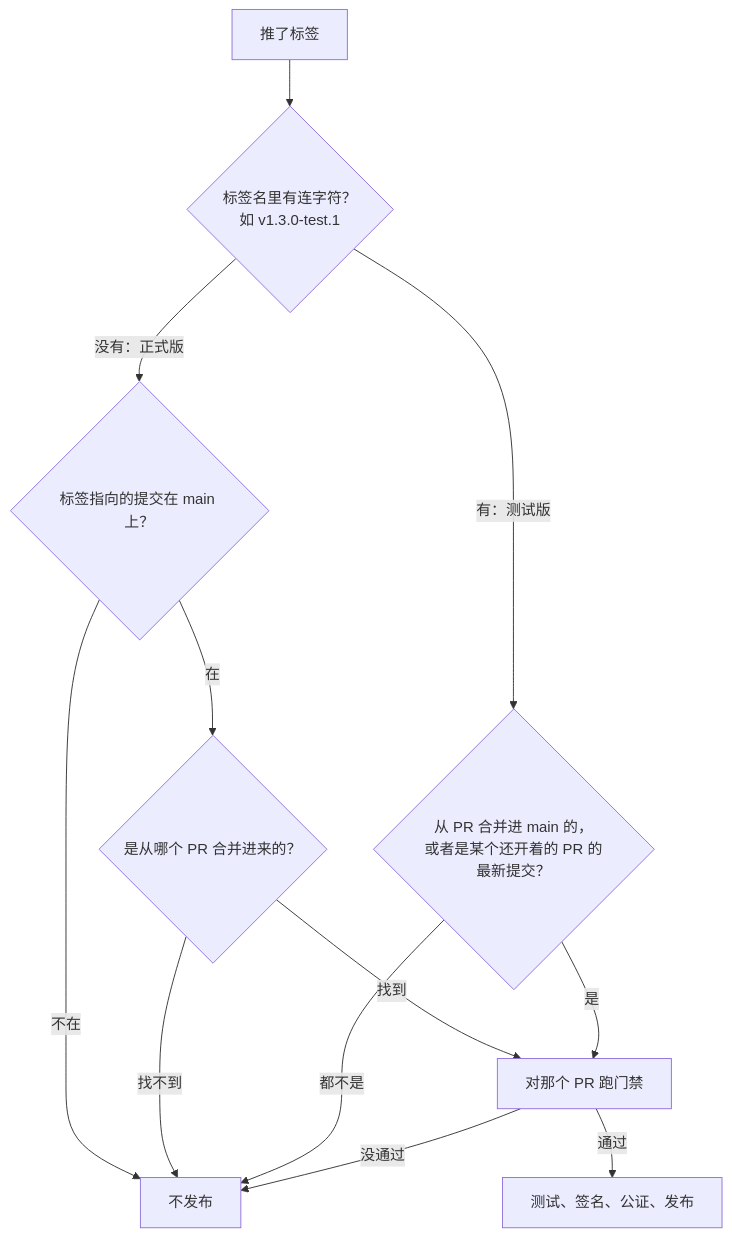
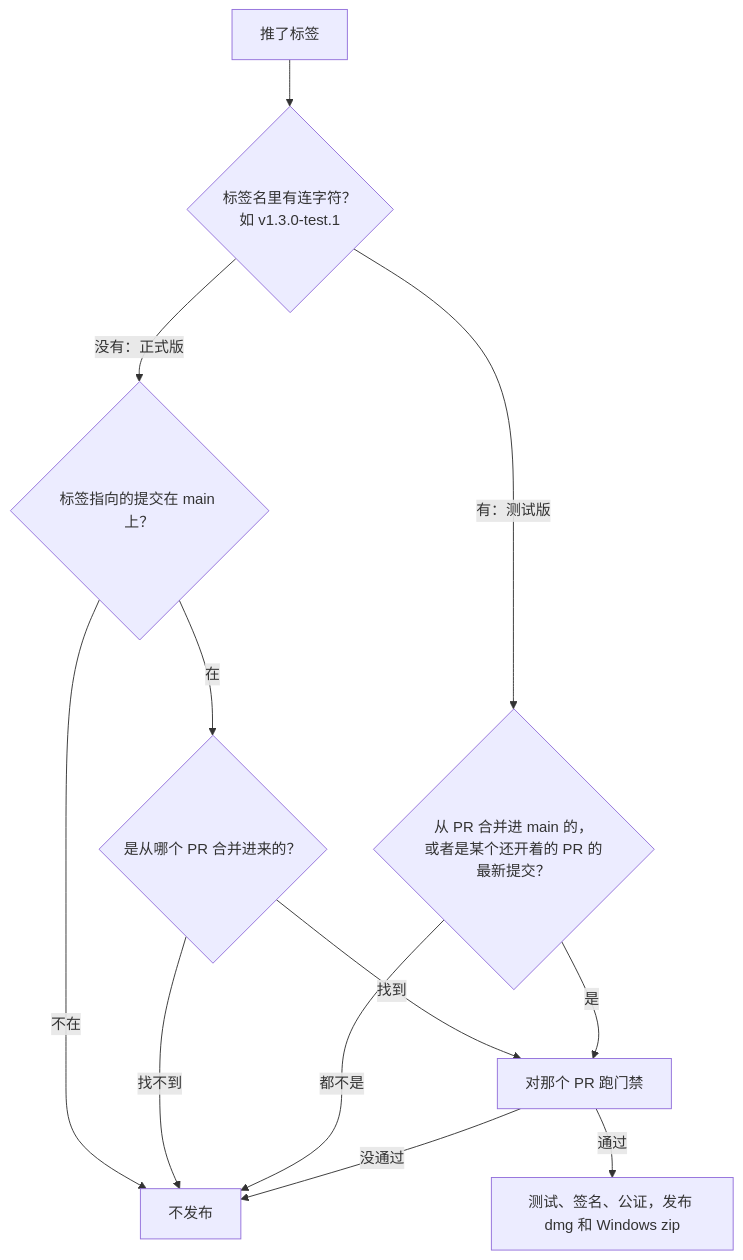
Before and after one commit to chunbin1/health-trail: the third of 3 diagrams in docs/ai-review-flow.md, drawn with Mermaid. The commit also changed other lines of this file and 4 other files, not shown here.

````diff
--- a/docs/ai-review-flow.md
+++ b/docs/ai-review-flow.md
@@ -47,14 +47,14 @@
 ```mermaid
 flowchart TD
     T["推了标签"] --> D{"标签名里有连字符？<br/>如 v1.3.0-test.1"}
     D -->|"没有：正式版"| MAIN{"标签指向的提交在 main 上？"}
     MAIN -->|"不在"| X1["不发布"]
     MAIN -->|"在"| PR1{"是从哪个 PR 合并进来的？"}
     PR1 -->|"找不到"| X1
     PR1 -->|"找到"| GATE["对那个 PR 跑门禁"]
     D -->|"有：测试版"| PR2{"从 PR 合并进 main 的，<br/>或者是某个还开着的 PR 的最新提交？"}
     PR2 -->|"都不是"| X1
     PR2 -->|"是"| GATE
-    GATE -->|"通过"| BUILD["测试、签名、公证、发布"]
+    GATE -->|"通过"| BUILD["测试、签名、公证，发布 dmg 和 Windows zip"]
     GATE -->|"没通过"| X1
 ```
````
